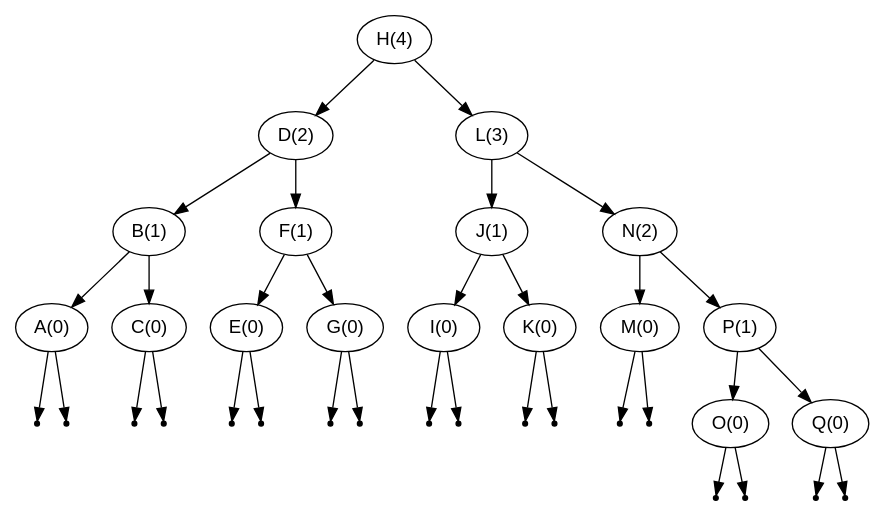
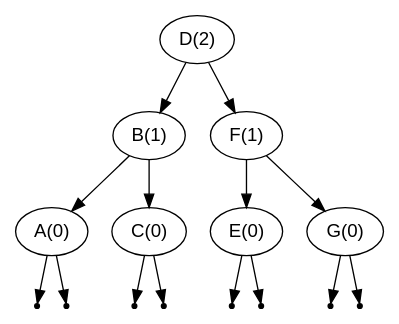
The diagram in bst.dot (jeffknerr/avlbst), drawn with Graphviz before and after one commit. The commit also changed 3 other files, not shown here.

```diff
--- a/bst.dot
+++ b/bst.dot
@@ -1,55 +1,25 @@
 digraph BST {
    node [fontname="Arial"];
-   "H(4)" -> "D(2)" ;
    "D(2)" -> "B(1)" ;
    "B(1)" -> "A(0)" ;
    null1 [shape=point];
    "A(0)" -> null1;
    null2 [shape=point];
    "A(0)" -> null2;
    "B(1)" -> "C(0)" ;
    null3 [shape=point];
    "C(0)" -> null3;
    null4 [shape=point];
    "C(0)" -> null4;
    "D(2)" -> "F(1)" ;
    "F(1)" -> "E(0)" ;
    null5 [shape=point];
    "E(0)" -> null5;
    null6 [shape=point];
    "E(0)" -> null6;
    "F(1)" -> "G(0)" ;
    null7 [shape=point];
    "G(0)" -> null7;
    null8 [shape=point];
    "G(0)" -> null8;
-   "H(4)" -> "L(3)" ;
-   "L(3)" -> "J(1)" ;
-   "J(1)" -> "I(0)" ;
-   null9 [shape=point];
-   "I(0)" -> null9;
-   null10 [shape=point];
-   "I(0)" -> null10;
-   "J(1)" -> "K(0)" ;
-   null11 [shape=point];
-   "K(0)" -> null11;
-   null12 [shape=point];
-   "K(0)" -> null12;
-   "L(3)" -> "N(2)" ;
-   "N(2)" -> "M(0)" ;
-   null13 [shape=point];
-   "M(0)" -> null13;
-   null14 [shape=point];
-   "M(0)" -> null14;
-   "N(2)" -> "P(1)" ;
-   "P(1)" -> "O(0)" ;
-   null15 [shape=point];
-   "O(0)" -> null15;
-   null16 [shape=point];
-   "O(0)" -> null16;
-   "P(1)" -> "Q(0)" ;
-   null17 [shape=point];
-   "Q(0)" -> null17;
-   null18 [shape=point];
-   "Q(0)" -> null18;
 }
```
